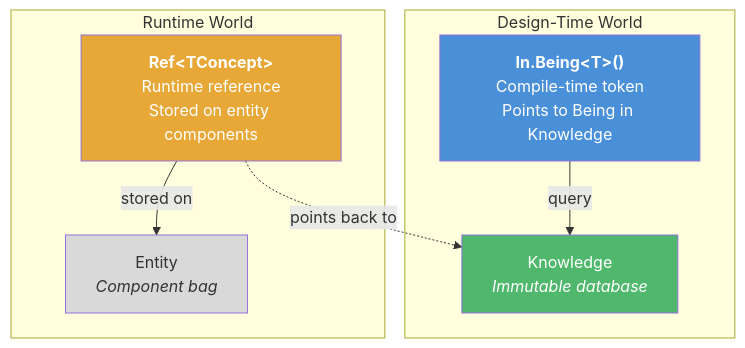
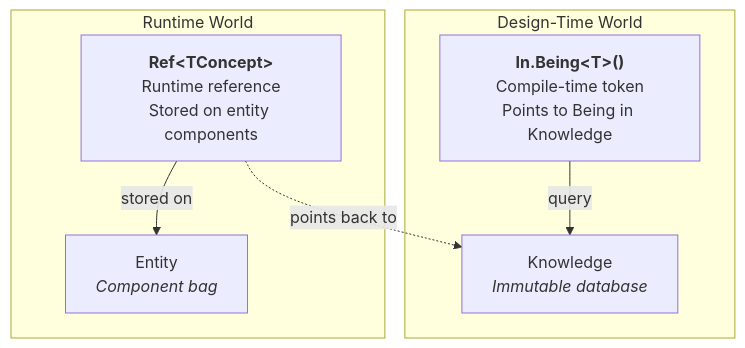
One commit to fm39hz/fm39hz-blogs changed the ninth of 21 diagrams in src/content/articles/another-way-to-engineer-a-game.md. Above: the diagram before and after it, drawn with Mermaid. The commit also changed other lines of this file, not shown here.

````diff
--- a/src/content/articles/another-way-to-engineer-a-game.md
+++ b/src/content/articles/another-way-to-engineer-a-game.md
@@ -375,20 +352,15 @@
 ```mermaid
 graph TB
     subgraph DesignTime["Design-Time World"]
         IN["<b>In.Being&lt;T&gt;()</b><br/>Compile-time token<br/>Points to Being in Knowledge"]
         KB["Knowledge<br/><i>Immutable database</i>"]
         IN -->|"query"| KB
     end
 
     subgraph Runtime["Runtime World"]
         REF["<b>Ref&lt;TConcept&gt;</b><br/>Runtime reference<br/>Stored on entity components"]
         ENT["Entity<br/><i>Component bag</i>"]
         REF -->|"stored on"| ENT
         REF -.->|"points back to"| KB
     end
-
-    style IN fill:#4a90d9,color:#fff
-    style REF fill:#e8a838,color:#fff
-    style KB fill:#50b86c,color:#fff
-    style ENT fill:#d9d9d9,color:#333
 ```
````
